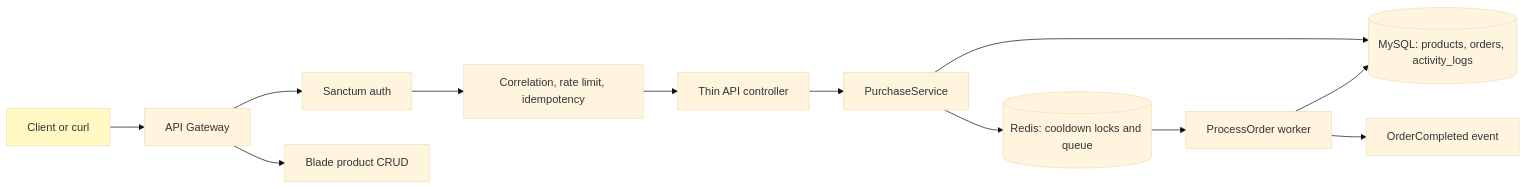
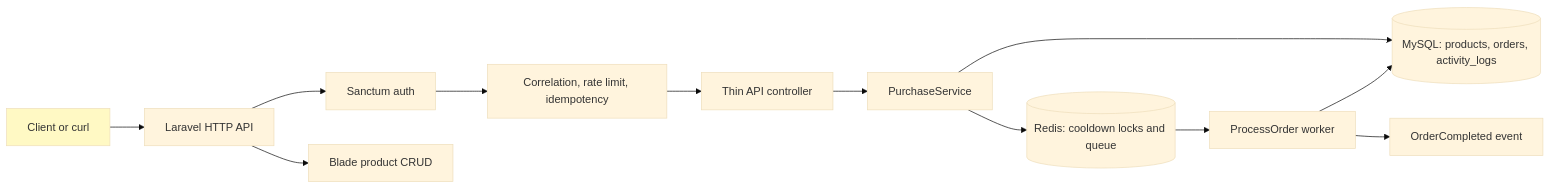
Before and after one commit to MD-Junayed000/Flash_Sale_Inventor_System: the first of 2 diagrams in README.md, drawn with Mermaid (base theme). The commit also changed other lines of this file and 2 other files, not shown here.

Commit message:
fix Docker app key setup and document schemas

````diff
--- a/README.md
+++ b/README.md
@@ -116,13 +142,13 @@
 ```mermaid
 flowchart LR
-    Client["Client or curl"] --> API["API Gateway"]
+    Client["Client or curl"] --> API["Laravel HTTP API"]
     API --> Auth["Sanctum auth"] & Blade["Blade product CRUD"]
     Auth --> Middleware["Correlation, rate limit, idempotency"]
     Middleware --> Controller["Thin API controller"]
     Controller --> Service["PurchaseService"]
     Service --> MySQL[("MySQL: products, orders, activity_logs")] & Redis[("Redis: cooldown locks and queue")]
     Redis --> Worker["ProcessOrder worker"]
     Worker --> MySQL & Events["OrderCompleted event"]
 
     style Client fill:#FFF9C4
 ```
````
